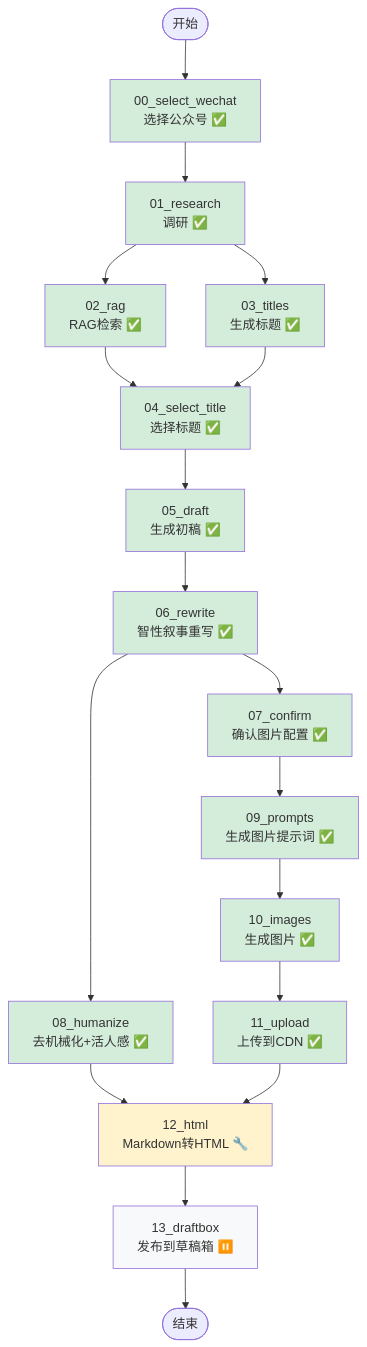
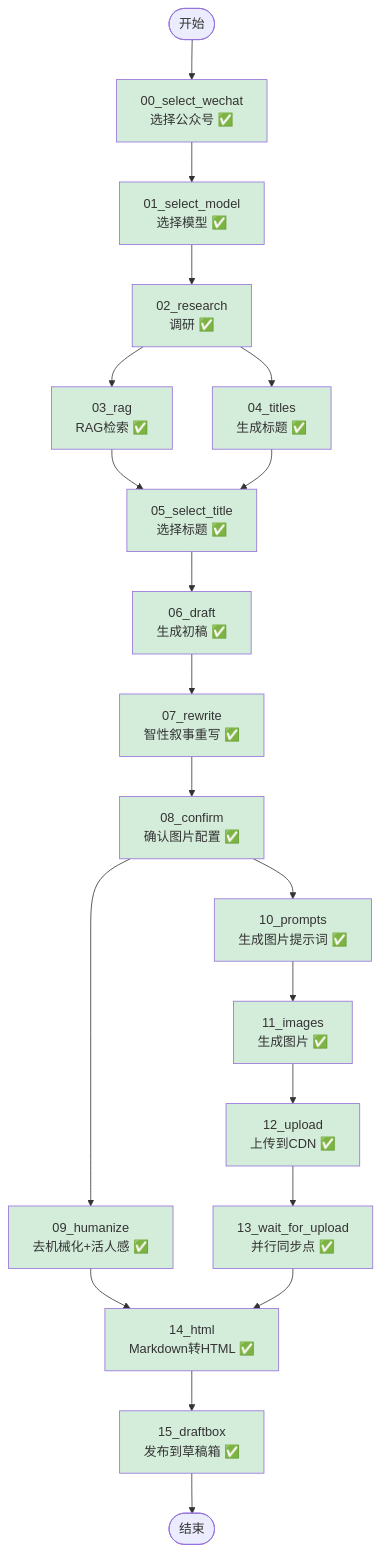
Before and after one commit to WiseWong6/graph: the diagram in docs/WORKFLOW_GRAPH.md, drawn with Mermaid. The commit also changed other lines of this file and 30 other files, not shown here.

````diff
--- a/docs/WORKFLOW_GRAPH.md
+++ b/docs/WORKFLOW_GRAPH.md
@@ -5,43 +5,46 @@
 ```mermaid
 graph TD
     START([开始]) --> A[00_select_wechat<br/>选择公众号 ✅]
-    A --> B[01_research<br/>调研 ✅]
+    A --> B[01_select_model<br/>选择模型 ✅]
+    B --> C[02_research<br/>调研 ✅]
 
     %% 第一层并行：Research 后
-    B --> C[02_rag<br/>RAG检索 ✅]
-    B --> D[03_titles<br/>生成标题 ✅]
-    C --> E[04_select_title<br/>选择标题 ✅]
-    D --> E
+    C --> D[03_rag<br/>RAG检索 ✅]
+    C --> E[04_titles<br/>生成标题 ✅]
+    D --> F[05_select_title<br/>选择标题 ✅]
+    E --> F
 
-    E --> F[05_draft<br/>生成初稿 ✅]
-    F --> G[06_rewrite<br/>智性叙事重写 ✅]
+    F --> G[06_draft<br/>生成初稿 ✅]
+    G --> H[07_rewrite<br/>智性叙事重写 ✅]
+    H --> I[08_confirm<br/>确认图片配置 ✅]
 
-    %% 第二层并行：Rewrite 后
-    G --> H[07_confirm<br/>确认图片配置 ✅]
-    G --> I[08_humanize<br/>去机械化+活人感 ✅]
+    %% 第二层并行：Confirm 后
+    I --> J[09_humanize<br/>去机械化+活人感 ✅]
+    I --> K[10_prompts<br/>生成图片提示词 ✅]
+    K --> L[11_images<br/>生成图片 ✅]
+    L --> M[12_upload<br/>上传到CDN ✅]
+    M --> N[13_wait_for_upload<br/>并行同步点 ✅]
 
-    H --> J[09_prompts<br/>生成图片提示词 ✅]
-    J --> K[10_images<br/>生成图片 ✅]
-    K --> L[11_upload<br/>上传到CDN ✅]
-
-    I --> M[12_html<br/>Markdown转HTML 🔧]
-    L --> M
-
-    M --> N[13_draftbox<br/>发布到草稿箱 ⏸️]
-    N --> END([结束])
+    %% 汇聚点
+    J --> O[14_html<br/>Markdown转HTML ✅]
+    N --> O
+    O --> P[15_draftbox<br/>发布到草稿箱 ✅]
+    P --> END([结束])
 
     style A fill:#d4edda
     style B fill:#d4edda
     style C fill:#d4edda
     style D fill:#d4edda
     style E fill:#d4edda
     style F fill:#d4edda
     style G fill:#d4edda
     style H fill:#d4edda
     style I fill:#d4edda
     style J fill:#d4edda
     style K fill:#d4edda
     style L fill:#d4edda
-    style M fill:#fff3cd
-    style N fill:#f8f9fa
+    style M fill:#d4edda
+    style N fill:#d4edda
+    style O fill:#d4edda
+    style P fill:#d4edda
 ```
````
